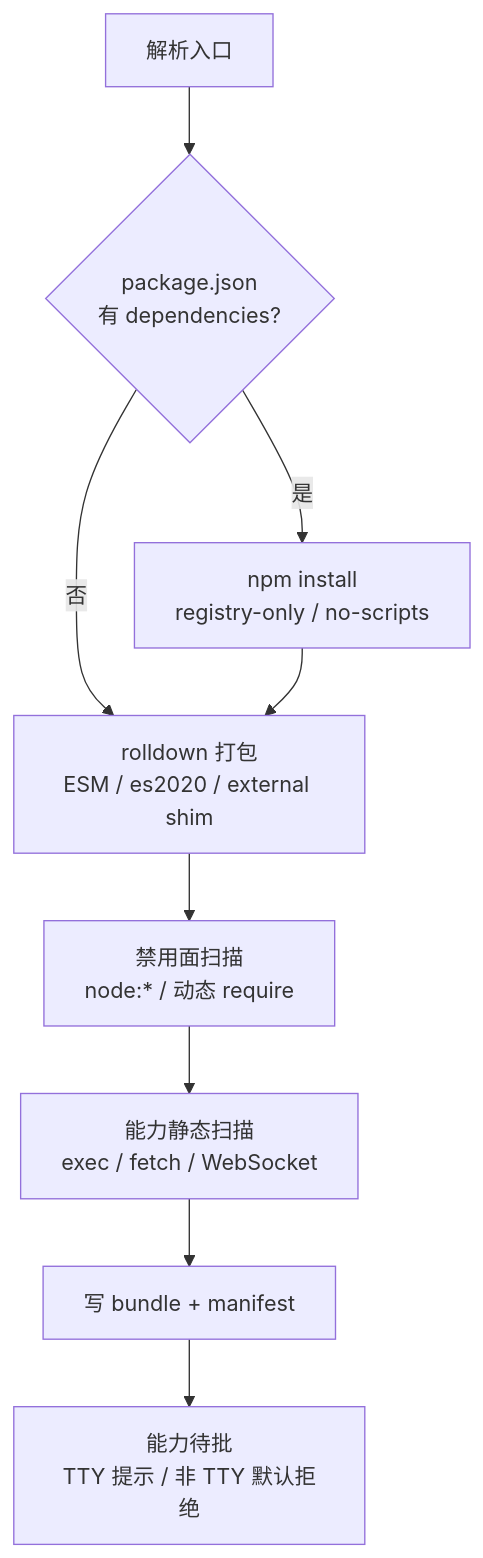
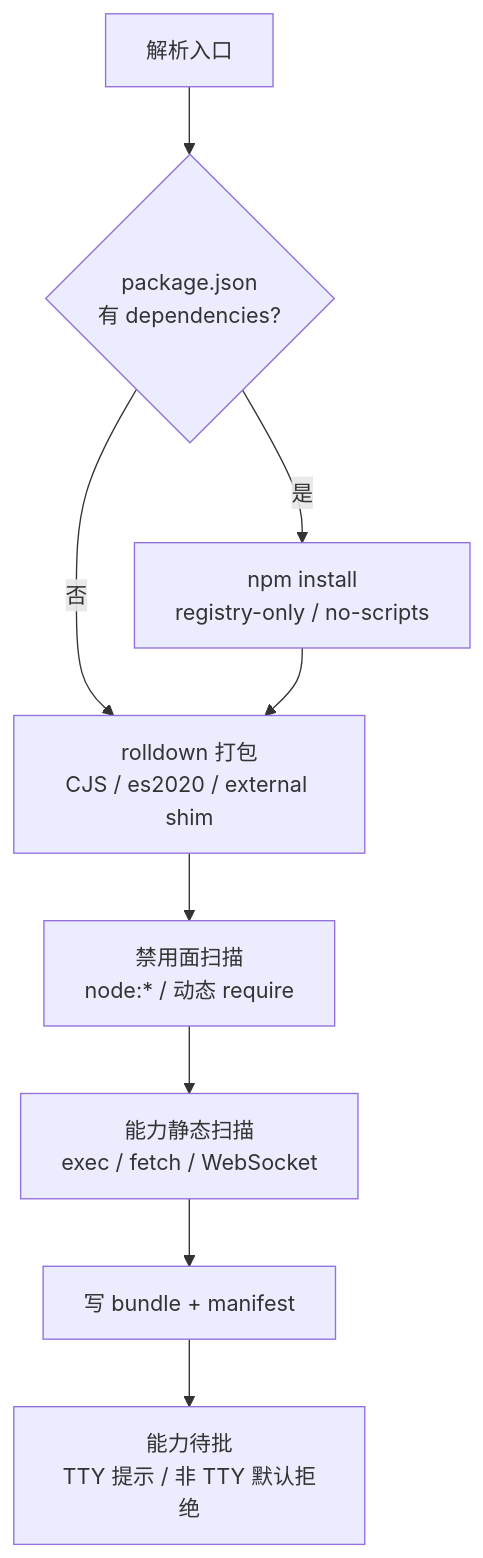
The diagram in docs/design/phase-2/02-packaging.md (qingbird1983/timo-pi), drawn with Mermaid before and after one commit. The commit also changed other lines of this file and 23 other files, not shown here.

````diff
--- a/docs/design/phase-2/02-packaging.md
+++ b/docs/design/phase-2/02-packaging.md
@@ -59,11 +59,11 @@
 ```mermaid
 flowchart TD
     A[解析入口] --> B{package.json<br/>有 dependencies?}
     B -- 是 --> C[npm install<br/>registry-only / no-scripts]
     B -- 否 --> D
-    C --> D[rolldown 打包<br/>ESM / es2020 / external shim]
+    C --> D[rolldown 打包<br/>CJS / es2020 / external shim]
     D --> E[禁用面扫描<br/>node:* / 动态 require]
     E --> F[能力静态扫描<br/>exec / fetch / WebSocket]
     F --> G[写 bundle + manifest]
     G --> H[能力待批<br/>TTY 提示 / 非 TTY 默认拒绝]
 ```
````
